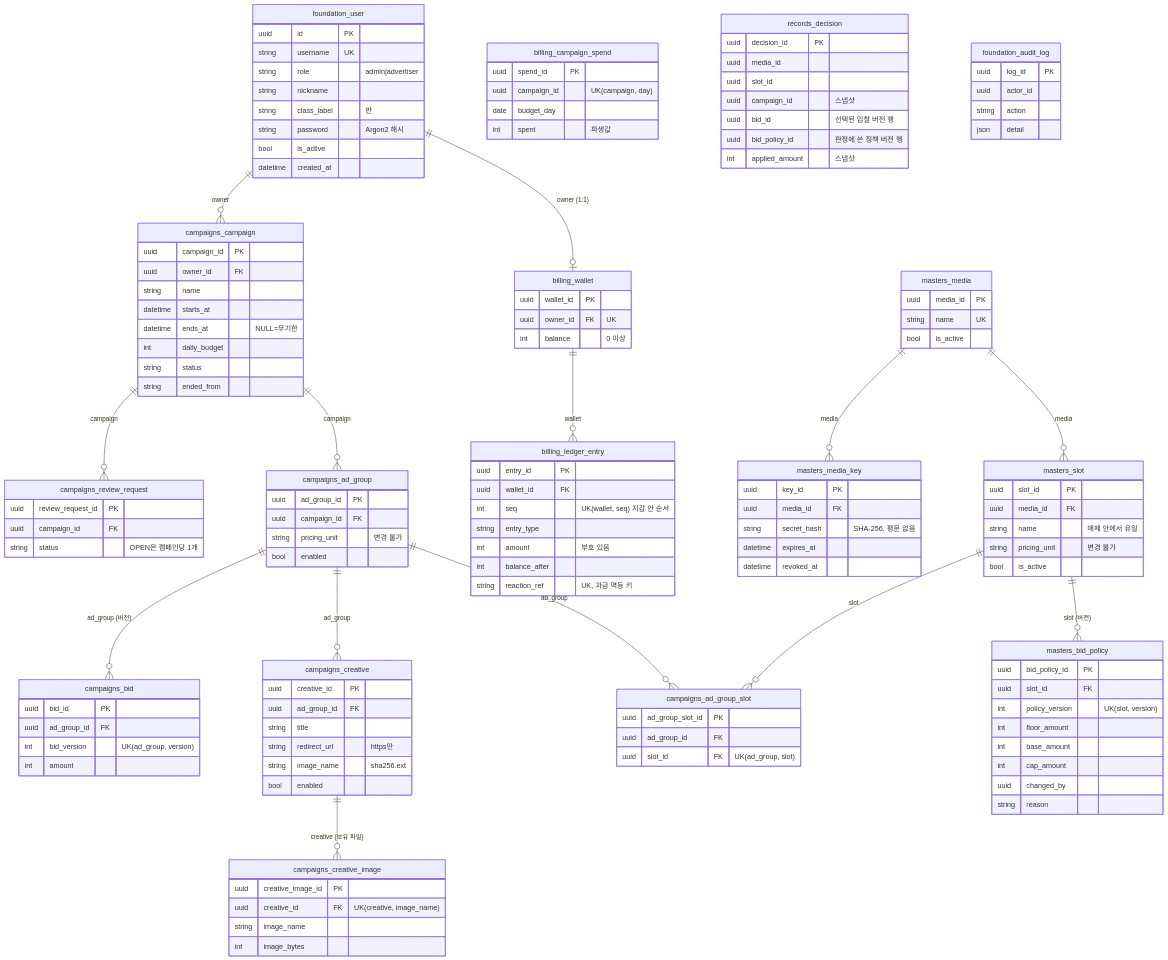
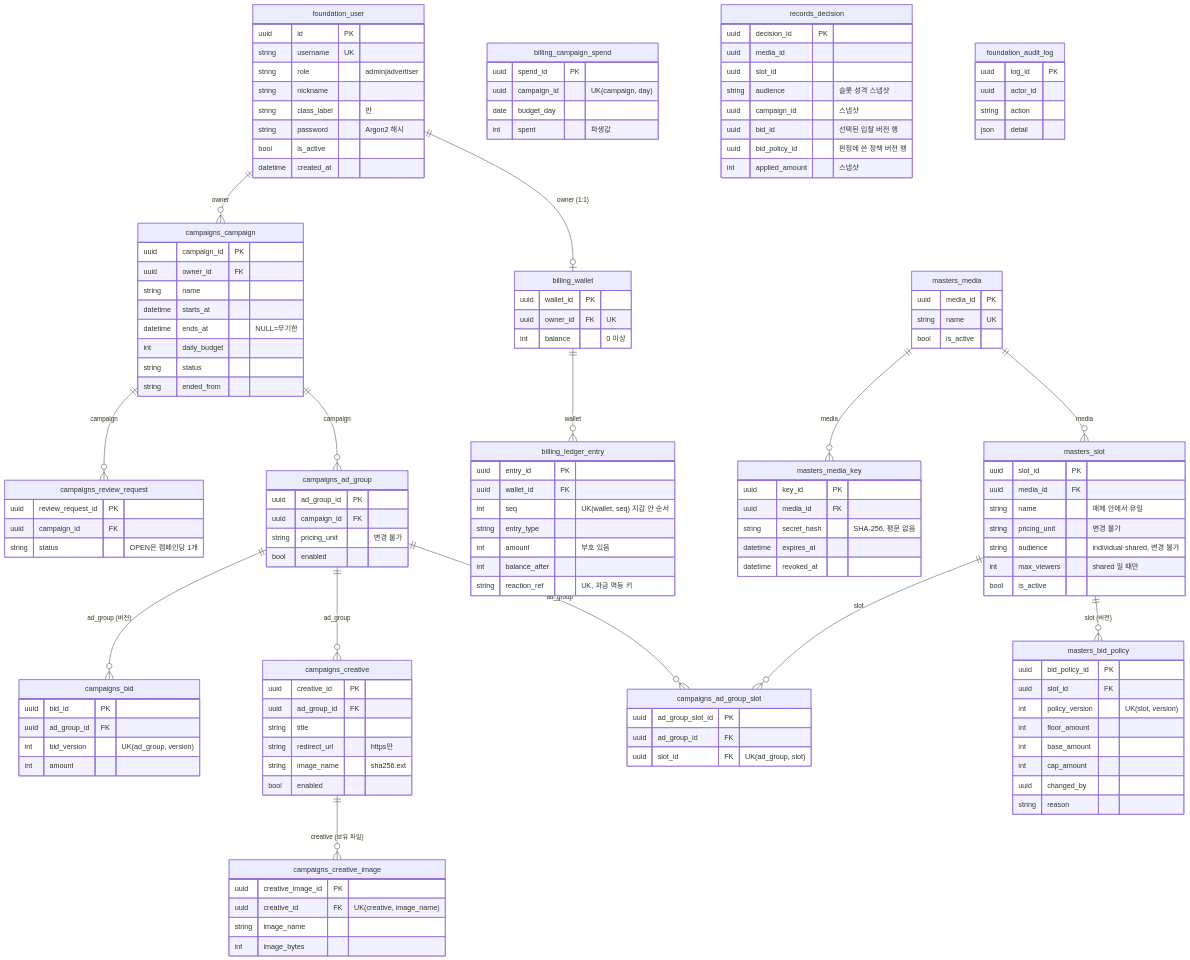
The second of 7 diagrams in docs/ads-server/ads-server-drd.md (encore-ai-campus/mlo-01-p3-team2), drawn with Mermaid before and after one commit. The commit also changed other lines of this file and 5 other files, not shown here.

First line of the commit message:
[Doc] 광고 서버 2-7 슬롯 성격 — audience·max_viewers, 결정의 subject_id 규칙(#10)

```diff
--- a/docs/ads-server/ads-server-drd.md
+++ b/docs/ads-server/ads-server-drd.md
@@ -172,6 +172,8 @@
         uuid media_id FK
         string name "매체 안에서 유일"
         string pricing_unit "변경 불가"
+        string audience "individual·shared, 변경 불가"
+        int max_viewers "shared 일 때만"
         bool is_active
     }
     masters_bid_policy {
@@ -248,6 +250,7 @@
         uuid decision_id PK
         uuid media_id
         uuid slot_id
+        string audience "슬롯 성격 스냅샷"
         uuid campaign_id "스냅샷"
         uuid bid_id "선택된 입찰 버전 행"
         uuid bid_policy_id "판정에 쓴 정책 버전 행"
```
